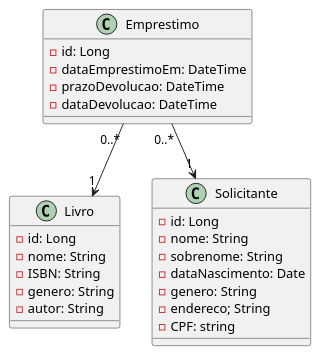
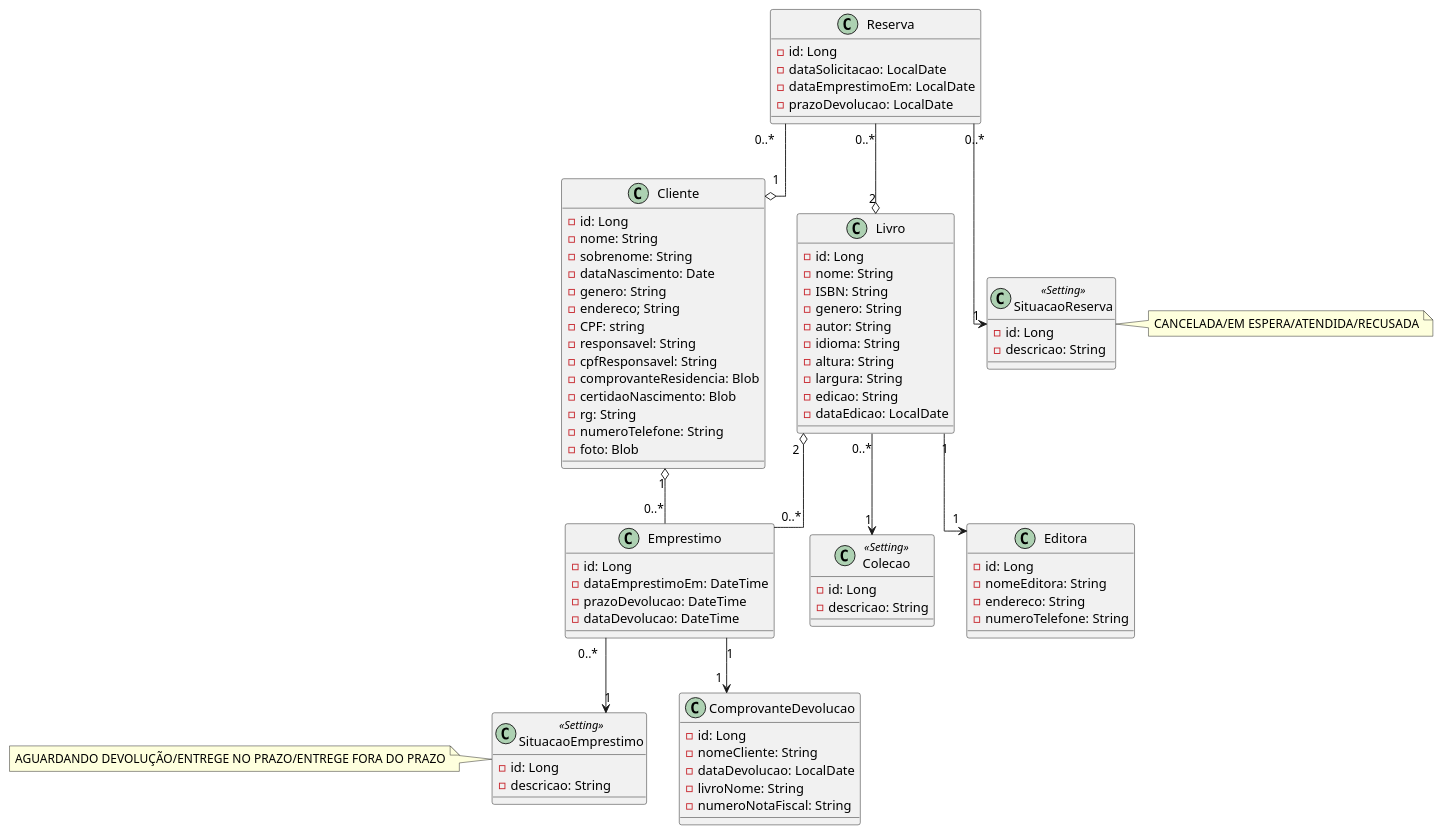
The diagram in src/main/resources/domain.plantuml (jeoliveira045/bibly), drawn with PlantUML before and after one commit. The commit also changed 4 other files, not shown here.

```diff
--- a/src/main/resources/domain.plantuml
+++ b/src/main/resources/domain.plantuml
@@ -1,30 +1,110 @@
 @startuml
+
+skinparam linetype ortho
+top to bottom direction
 
     class Livro{
         - id: Long
         - nome: String
         - ISBN: String
         - genero: String
         - autor: String
+        - idioma: String
+        - altura: String
+        - largura: String
+        - edicao: String
+        - dataEdicao: LocalDate
     }
 
     class Emprestimo{
         - id: Long
         - dataEmprestimoEm: DateTime
         - prazoDevolucao: DateTime
         - dataDevolucao: DateTime
     }
 
-    class Solicitante{
+    class Cliente{
         - id: Long
         - nome: String
         - sobrenome: String
         - dataNascimento: Date
         - genero: String
         - endereco; String
         - CPF: string
+        - responsavel: String
+        - cpfResponsavel: String
+        - comprovanteResidencia: Blob
+        - certidaoNascimento: Blob
+        - rg: String
+        - numeroTelefone: String
+        - foto: Blob
     }
 
-    Emprestimo "0..*"--> "1" Livro
-    Emprestimo "0..*" --> "1" Solicitante
+    class Reserva{
+        - id: Long
+        - dataSolicitacao: LocalDate
+        - dataEmprestimoEm: LocalDate
+        - prazoDevolucao: LocalDate
+    }
+
+    class SituacaoReserva<<Setting>>{
+        - id: Long
+        - descricao: String
+    }
+
+'    class SituacaoLivro<<Setting>>{
+'
+'        - id: Long
+'        - descricao: String
+'    }
+'
+'    class SituacaoSolicitante<<Setting>>{
+'        - id: Long
+'        - descricao: String
+'    }
+    class SituacaoEmprestimo<<Setting>>{
+        - id: Long
+        - descricao: String
+    }
+
+    class Colecao<<Setting>>{
+        - id: Long
+        - descricao: String
+    }
+
+    class ComprovanteDevolucao{
+        - id: Long
+        - nomeCliente: String
+        - dataDevolucao: LocalDate
+        - livroNome: String
+        - numeroNotaFiscal: String
+    }
+
+    class Editora {
+        - id: Long
+        - nomeEditora: String
+        - endereco: String
+        - numeroTelefone: String
+    }
+
+
+    note right of SituacaoReserva : CANCELADA/EM ESPERA/ATENDIDA/RECUSADA
+'    note right of SituacaoSolicitante : SEM PENDENCIA/PRECISA DEVOLVER
+'    note left of SituacaoLivro : EMPRESTADO/EM ESTOQUE
+    note left of SituacaoEmprestimo: AGUARDANDO DEVOLUÇÃO/ENTREGE NO PRAZO/ENTREGE FORA DO PRAZO
+
+
+    Emprestimo "0..*"-u-o "2" Livro
+    Emprestimo "0..*" -u-o "1" Cliente
+    Reserva "0..*" --o "1" Cliente
+    Reserva "0..*" --o "2" Livro
+    Reserva  "0..*" --> "1" SituacaoReserva
+'    Solicitante "0..*" --> "1" SituacaoSolicitante
+'    Livro "0..*" --> "1" SituacaoLivro
+    Emprestimo "0..*" --> "1" SituacaoEmprestimo
+    Livro "0..*" --> "1" Colecao
+    Livro "1" --> "1" Editora
+    Emprestimo "1" --> "1" ComprovanteDevolucao
+
+
 @enduml
```
